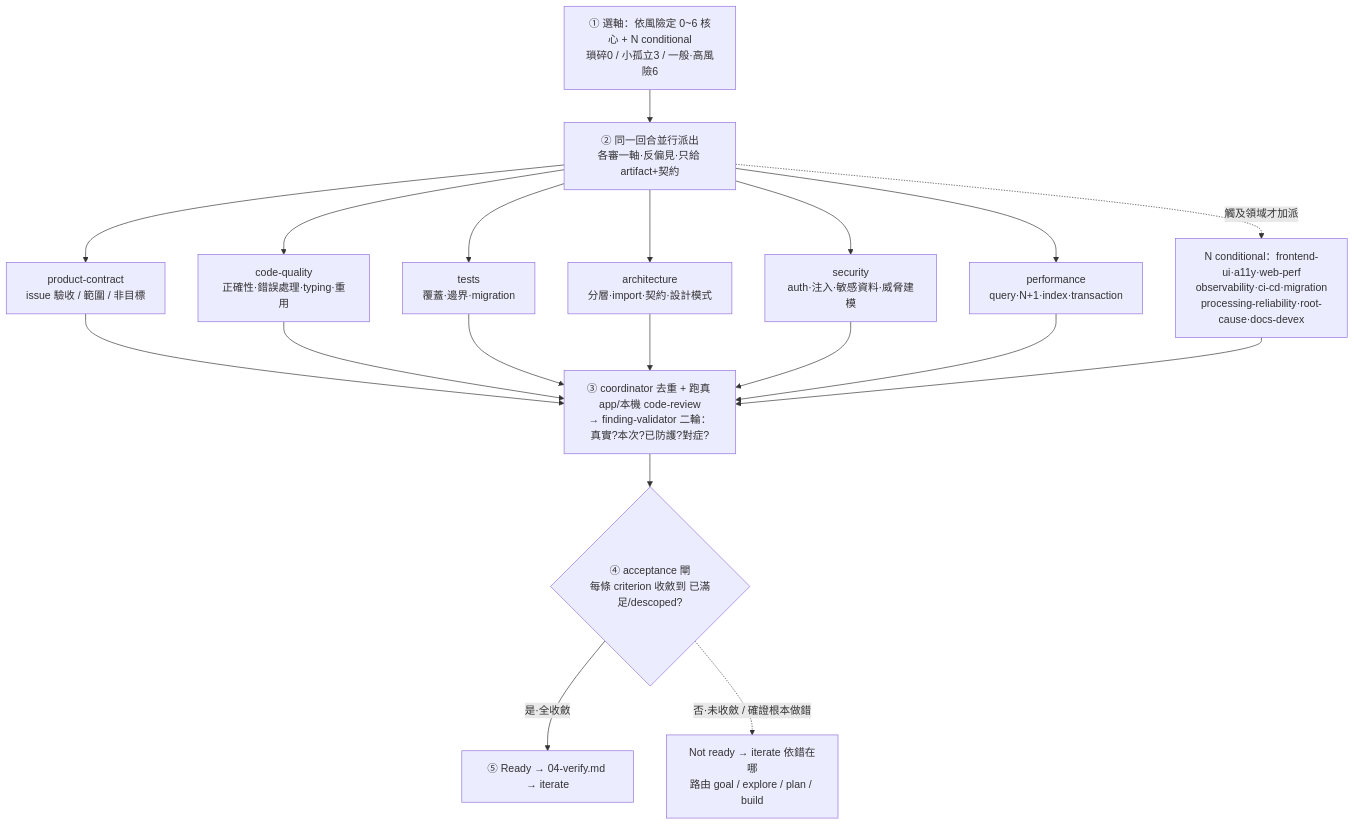
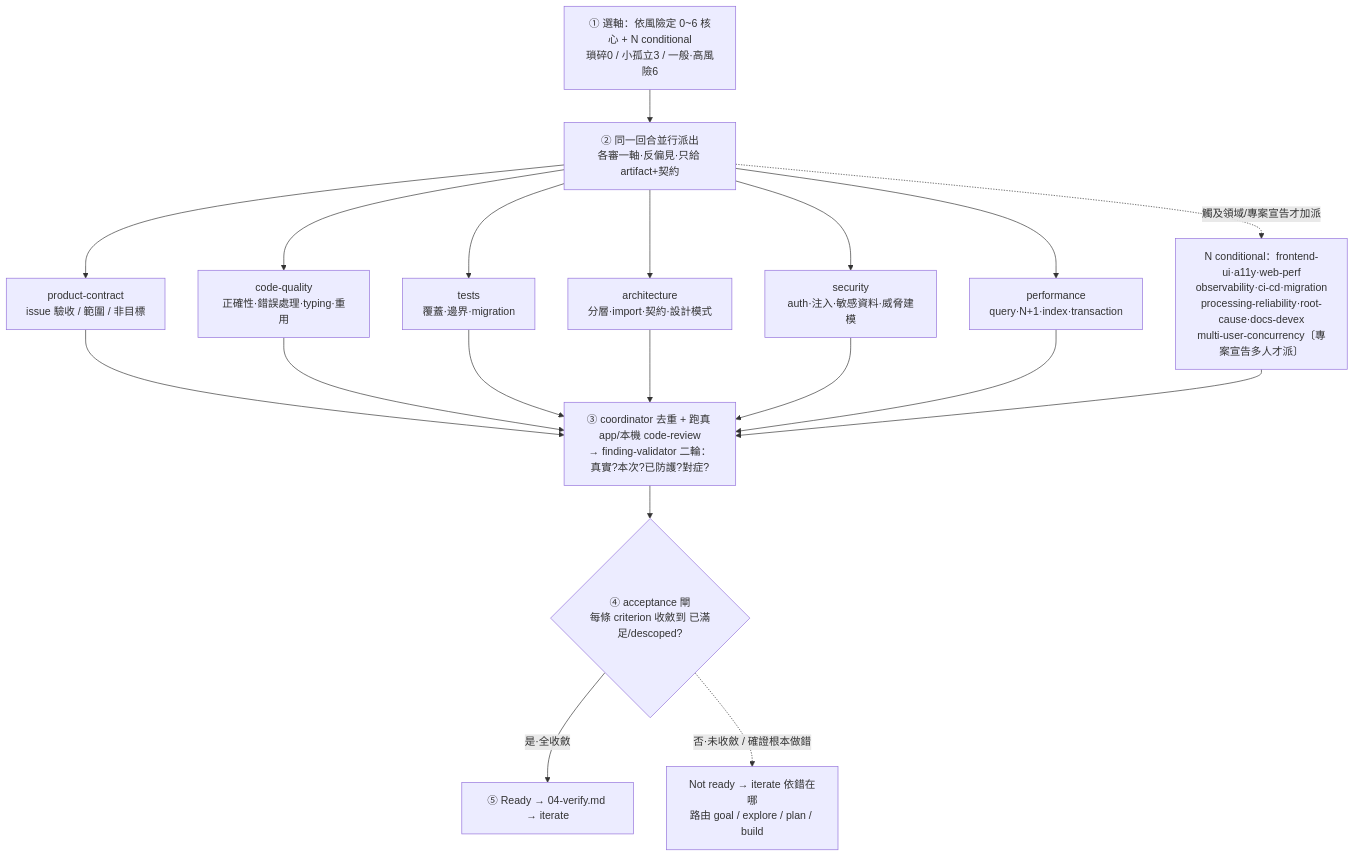
Before and after one commit to adha9990/dev-workflows: the third of 3 diagrams in plugins/loops-workflow/docs/FLOW.md, drawn with Mermaid. The commit also changed other lines of this file and 11 other files, not shown here.

````diff
--- a/plugins/loops-workflow/docs/FLOW.md
+++ b/plugins/loops-workflow/docs/FLOW.md
@@ -171,15 +171,15 @@
 ```mermaid
 flowchart TD
     S1[① 選軸：依風險定 0~6 核心 + N conditional<br/>瑣碎0 / 小孤立3 / 一般·高風險6] --> S2[② 同一回合並行派出<br/>各審一軸·反偏見·只給 artifact+契約]
     S2 --> R1[product-contract<br/>issue 驗收 / 範圍 / 非目標]
     S2 --> R2[code-quality<br/>正確性·錯誤處理·typing·重用]
     S2 --> R3[tests<br/>覆蓋·邊界·migration]
     S2 --> R4[architecture<br/>分層·import·契約·設計模式]
     S2 --> R5[security<br/>auth·注入·敏感資料·威脅建模]
     S2 --> R6[performance<br/>query·N+1·index·transaction]
-    S2 -.觸及領域才加派.-> COND[N conditional：frontend-ui·a11y·web-perf<br/>observability·ci-cd·migration<br/>processing-reliability·root-cause·docs-devex]
+    S2 -.觸及領域/專案宣告才加派.-> COND[N conditional：frontend-ui·a11y·web-perf<br/>observability·ci-cd·migration<br/>processing-reliability·root-cause·docs-devex<br/>multi-user-concurrency〔專案宣告多人才派〕]
     R1 & R2 & R3 & R4 & R5 & R6 & COND --> CO[③ coordinator 去重 + 跑真 app/本機 code-review<br/>→ finding-validator 二輪：真實?本次?已防護?對症?]
     CO --> S4{④ acceptance 閘<br/>每條 criterion 收斂到 已滿足/descoped?}
     S4 -->|是·全收斂| S5[⑤ Ready → 04-verify.md → iterate]
     S4 -.否·未收斂 / 確證根本做錯.-> ITER[Not ready → iterate 依錯在哪<br/>路由 goal / explore / plan / build]
 ```
````
